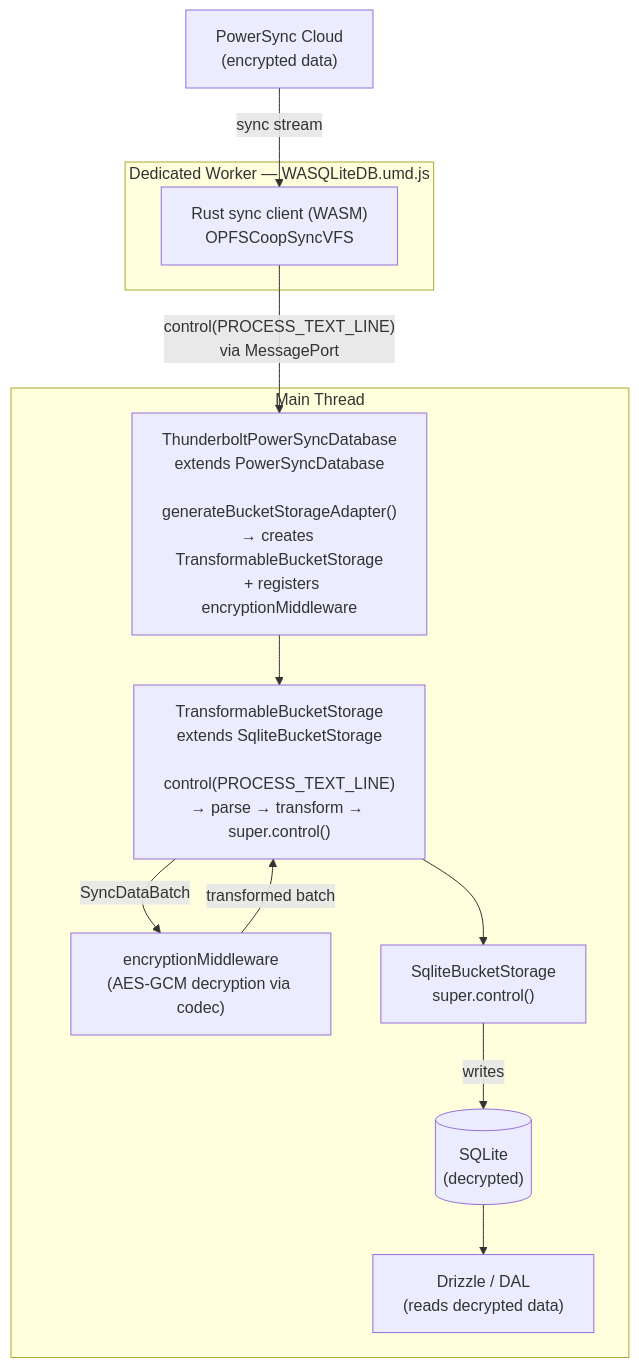
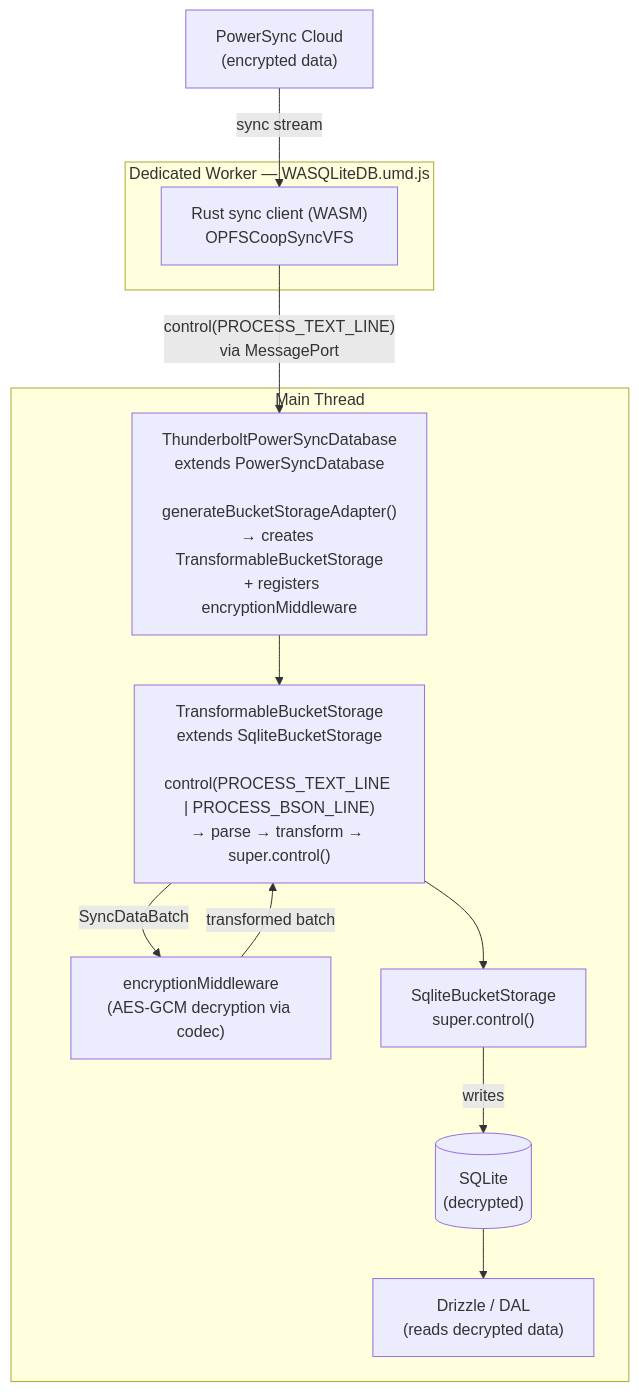
Before and after one commit to thunderbird/thunderbolt: the second of 2 diagrams in docs/powersync-sync-middleware.md, drawn with Mermaid. The commit also changed other lines of this file and 1 other file, not shown here.

Commit message:
fix: handle BSON sync payloads in encryption middleware after PowerSync upgrade

````diff
--- a/docs/powersync-sync-middleware.md
+++ b/docs/powersync-sync-middleware.md
@@ -64,26 +64,26 @@
 ```mermaid
 flowchart TD
     Server["PowerSync Cloud<br/>(encrypted data)"]
 
     subgraph MainThread["Main Thread"]
         TPS["ThunderboltPowerSyncDatabase<br/>extends PowerSyncDatabase<br/><br/>generateBucketStorageAdapter()<br/>→ creates TransformableBucketStorage<br/>  + registers encryptionMiddleware"]
-        TBS["TransformableBucketStorage<br/>extends SqliteBucketStorage<br/><br/>control(PROCESS_TEXT_LINE)<br/>→ parse → transform → super.control()"]
+        TBS["TransformableBucketStorage<br/>extends SqliteBucketStorage<br/><br/>control(PROCESS_TEXT_LINE | PROCESS_BSON_LINE)<br/>→ parse → transform → super.control()"]
         MW["encryptionMiddleware<br/>(AES-GCM decryption via codec)"]
         SBS["SqliteBucketStorage<br/>super.control()"]
         Drizzle["Drizzle / DAL<br/>(reads decrypted data)"]
         SQLite[("SQLite<br/>(decrypted)")]
     end
 
     subgraph DedicatedWorker["Dedicated Worker — WASQLiteDB.umd.js"]
         WASM["Rust sync client (WASM)<br/>OPFSCoopSyncVFS"]
     end
 
     Server -->|"sync stream"| WASM
     WASM -->|"control(PROCESS_TEXT_LINE)<br/>via MessagePort"| TPS
     TPS --> TBS
     TBS -->|"SyncDataBatch"| MW
     MW -->|"transformed batch"| TBS
     TBS --> SBS
     SBS -->|"writes"| SQLite
     SQLite --> Drizzle
 ```
````
